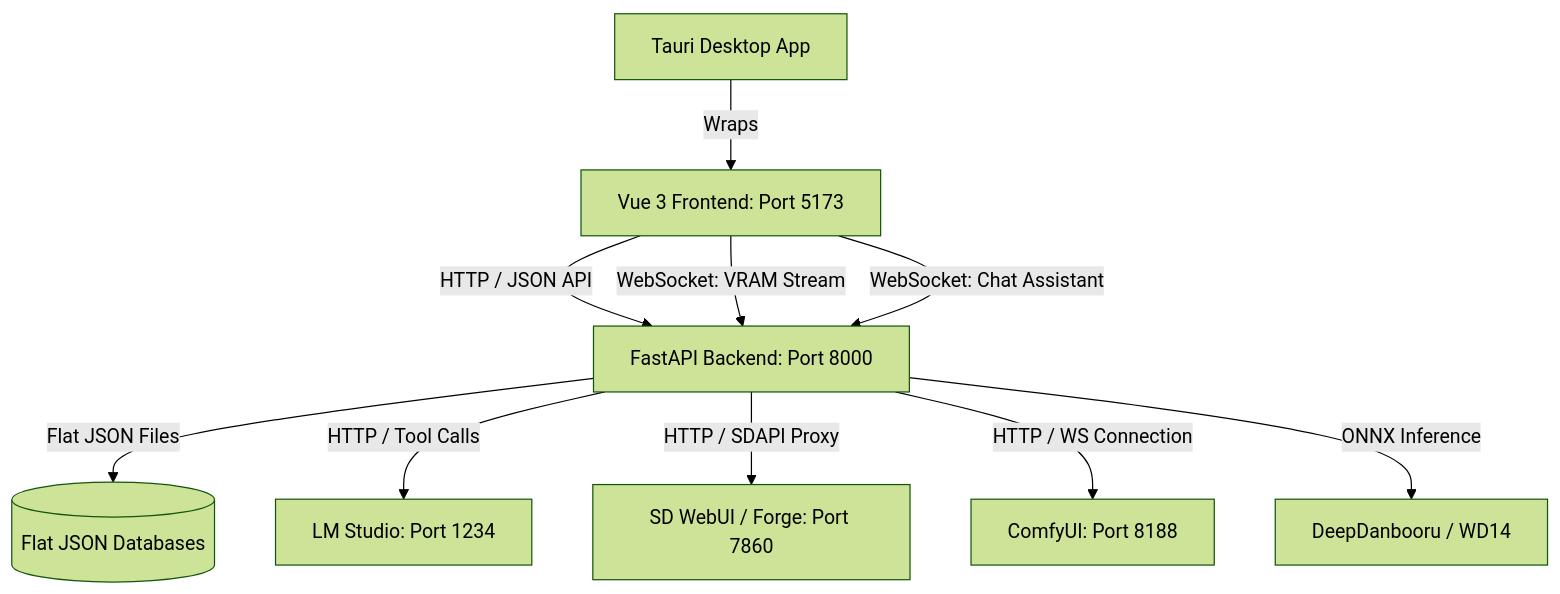
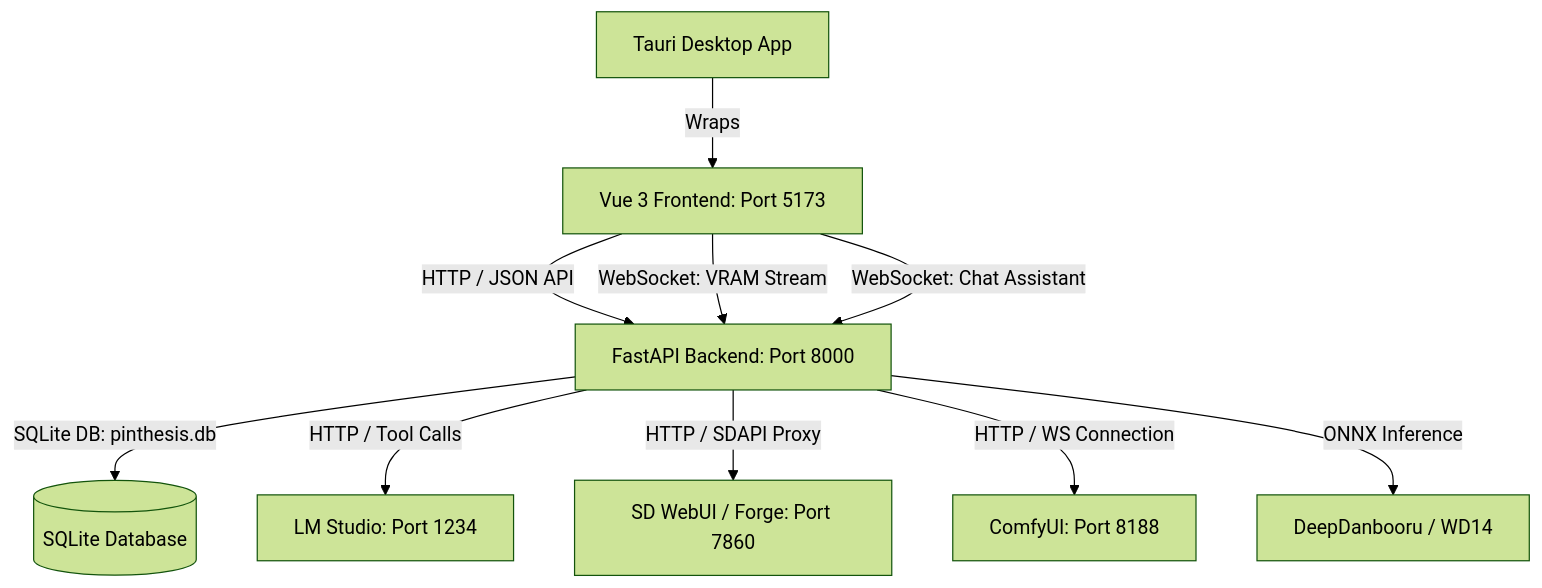
Before and after one commit to juicymaid/slop-central: the diagram in AGENTS.md, drawn with Mermaid (forest theme). The commit also changed other lines of this file and 27 other files, not shown here.

Commit message:
Migrate settings to SQLite, fix backend selection race, autocomplete behavior and theme key naming

````diff
--- a/AGENTS.md
+++ b/AGENTS.md
@@ -15,12 +15,12 @@
 ```mermaid
 graph TD
     Tauri[Tauri Desktop App] -->|Wraps| Frontend[Vue 3 Frontend: Port 5173]
     Frontend -->|HTTP / JSON API| Backend[FastAPI Backend: Port 8000]
     Frontend -->|WebSocket: VRAM Stream| Backend
     Frontend -->|WebSocket: Chat Assistant| Backend
-    Backend -->|Flat JSON Files| Storage[(Flat JSON Databases)]
+    Backend -->|SQLite DB: pinthesis.db| Storage[(SQLite Database)]
     Backend -->|HTTP / Tool Calls| LMStudio[LM Studio: Port 1234]
     Backend -->|HTTP / SDAPI Proxy| SDWebUI[SD WebUI / Forge: Port 7860]
     Backend -->|HTTP / WS Connection| ComfyUI[ComfyUI: Port 8188]
     Backend -->|ONNX Inference| Tagging[DeepDanbooru / WD14]
 ```
````
